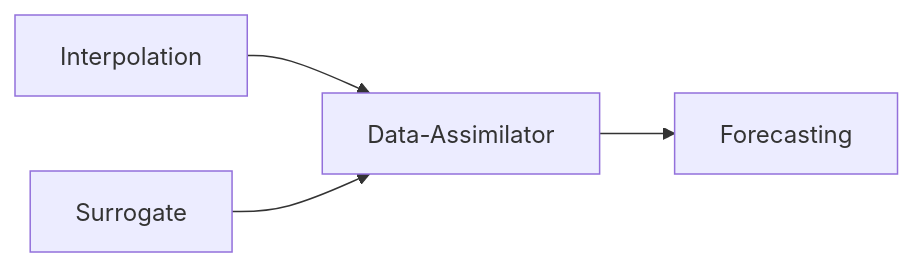
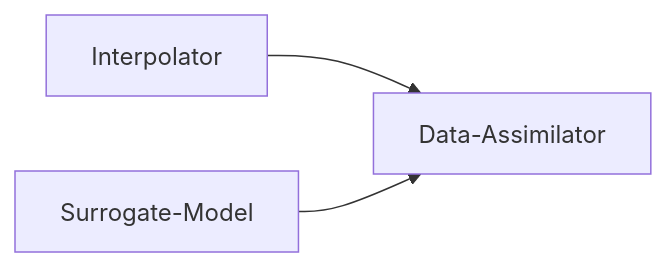
Before and after one commit to jejjohnson/mfourdvar: the second of 3 diagrams in content/oceanbench/overview.md, drawn with Mermaid. The commit also changed other lines of this file and 3 other files, not shown here.

````diff
--- a/content/oceanbench/overview.md
+++ b/content/oceanbench/overview.md
@@ -81,6 +84,5 @@
 ```{mermaid}
 graph LR
-    Interpolation --> Data-Assimilator
-    Surrogate --> Data-Assimilator
-    Data-Assimilator --> Forecasting
+    Interpolator --> Data-Assimilator
+    Surrogate-Model --> Data-Assimilator
 ```
````
